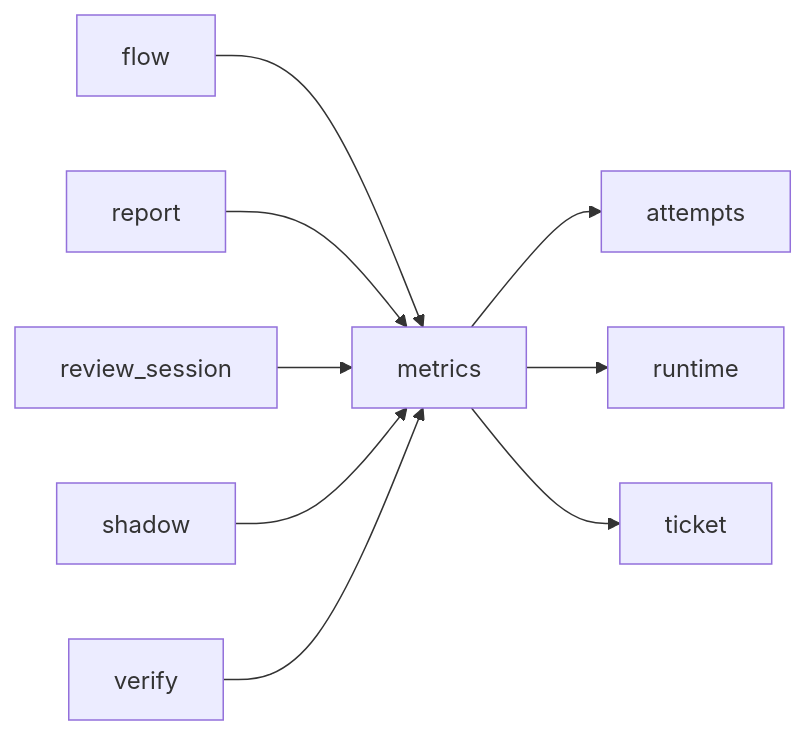
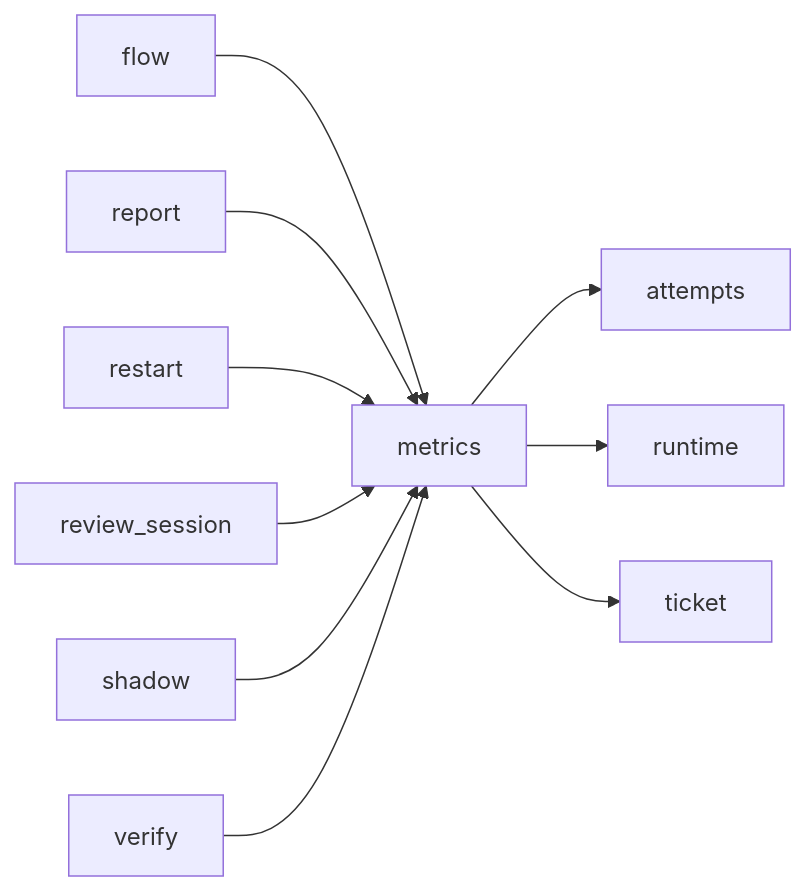
The third of 3 diagrams in docs/architecture/modules/metrics.md (plaplanche/ariane), drawn with Mermaid before and after one commit. The commit also changed other lines of this file and 27 other files, not shown here.

````diff
--- a/docs/architecture/modules/metrics.md
+++ b/docs/architecture/modules/metrics.md
@@ -66,11 +67,12 @@
 ```mermaid
 flowchart LR
   flow --> metrics
   metrics --> attempts
   metrics --> runtime
   metrics --> ticket
   report --> metrics
+  restart --> metrics
   review_session --> metrics
   shadow --> metrics
   verify --> metrics
 ```
````
